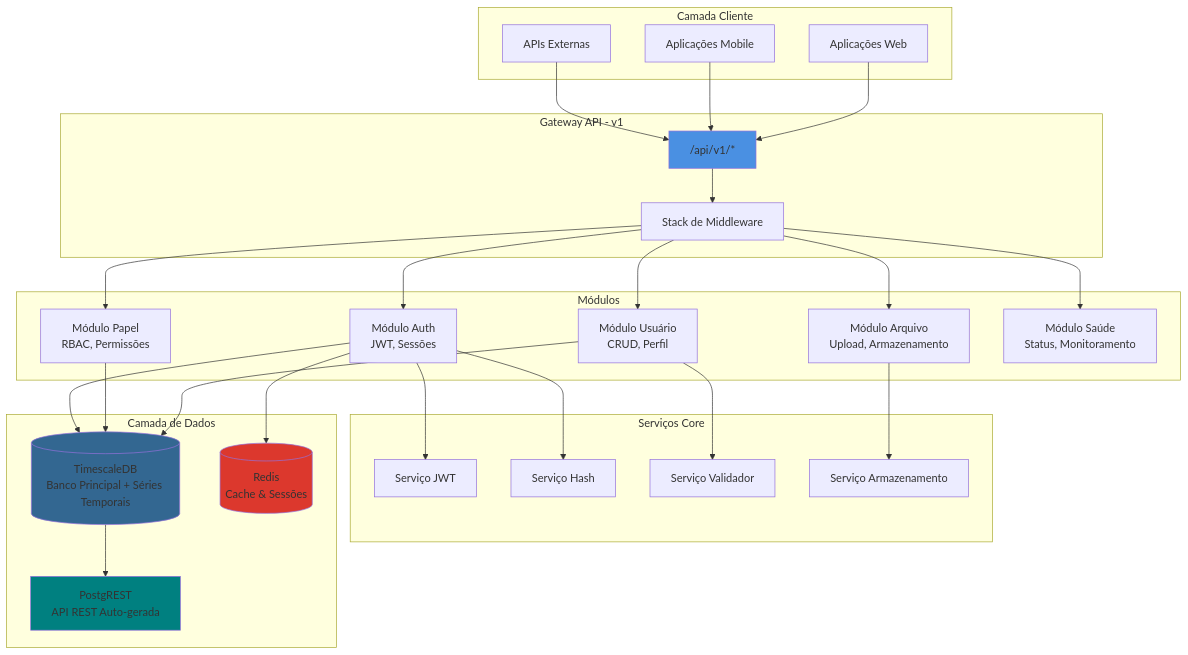
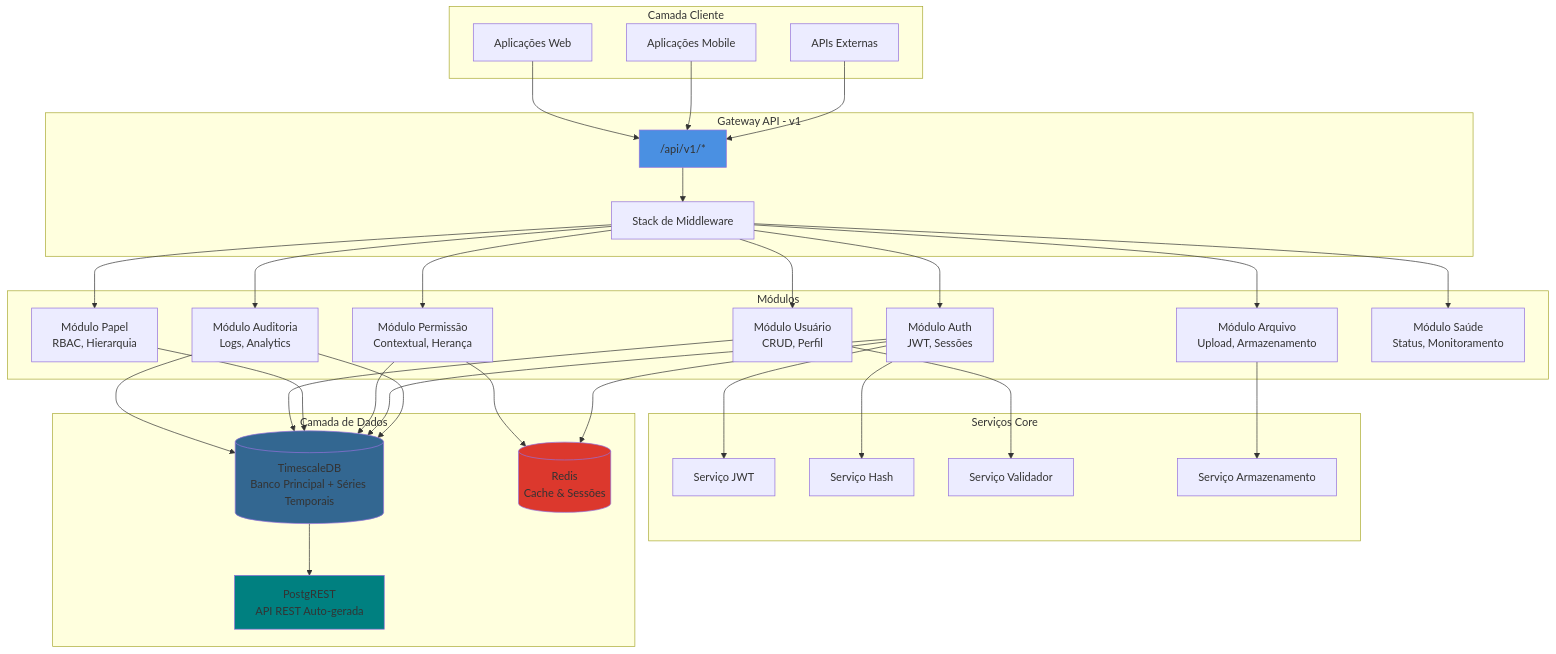
One commit to gabrielmaialva33/base-acl-api changed the first of 7 diagrams in README-pt.md. Above: the diagram before and after it, drawn with Mermaid. The commit also changed other lines of this file and 1 other file, not shown here.

First line of the commit message:
docs: update README with advanced permission and audit details

````diff
--- a/README-pt.md
+++ b/README-pt.md
@@ -43,62 +43,70 @@
 ```mermaid
 graph TB
     subgraph "Camada Cliente"
         WEB[Aplicações Web]
         MOB[Aplicações Mobile]
         API[APIs Externas]
     end
 
     subgraph "Gateway API - v1"
         ROUTES["/api/v1/*"]
         MW[Stack de Middleware]
     end
 
     subgraph "Módulos"
         AUTH[Módulo Auth<br/>JWT, Sessões]
         USER[Módulo Usuário<br/>CRUD, Perfil]
-        ROLE[Módulo Papel<br/>RBAC, Permissões]
+        ROLE[Módulo Papel<br/>RBAC, Hierarquia]
+        PERM[Módulo Permissão<br/>Contextual, Herança]
         FILE[Módulo Arquivo<br/>Upload, Armazenamento]
+        AUDIT[Módulo Auditoria<br/>Logs, Analytics]
         HEALTH[Módulo Saúde<br/>Status, Monitoramento]
     end
 
     subgraph "Serviços Core"
         JWT[Serviço JWT]
         HASH[Serviço Hash]
         VALIDATOR[Serviço Validador]
         STORAGE[Serviço Armazenamento]
     end
 
     subgraph "Camada de Dados"
         TS[(TimescaleDB<br/>Banco Principal + Séries Temporais)]
         REDIS[(Redis<br/>Cache & Sessões)]
         PGREST[PostgREST<br/>API REST Auto-gerada]
     end
 
     WEB --> ROUTES
     MOB --> ROUTES
     API --> ROUTES
 
     ROUTES --> MW
     MW --> AUTH
     MW --> USER
     MW --> ROLE
+    MW --> PERM
     MW --> FILE
+    MW --> AUDIT
     MW --> HEALTH
 
     AUTH --> JWT
     AUTH --> HASH
     USER --> VALIDATOR
     FILE --> STORAGE
+    PERM --> REDIS
+    AUDIT --> TS
 
     USER --> TS
     ROLE --> TS
+    PERM --> TS
     AUTH --> TS
     AUTH --> REDIS
+    AUDIT --> TS
 
     TS --> PGREST
 
     style ROUTES fill:#4A90E2
     style TS fill:#336791
     style REDIS fill:#DC382D
     style PGREST fill:#008080
 ```
````
